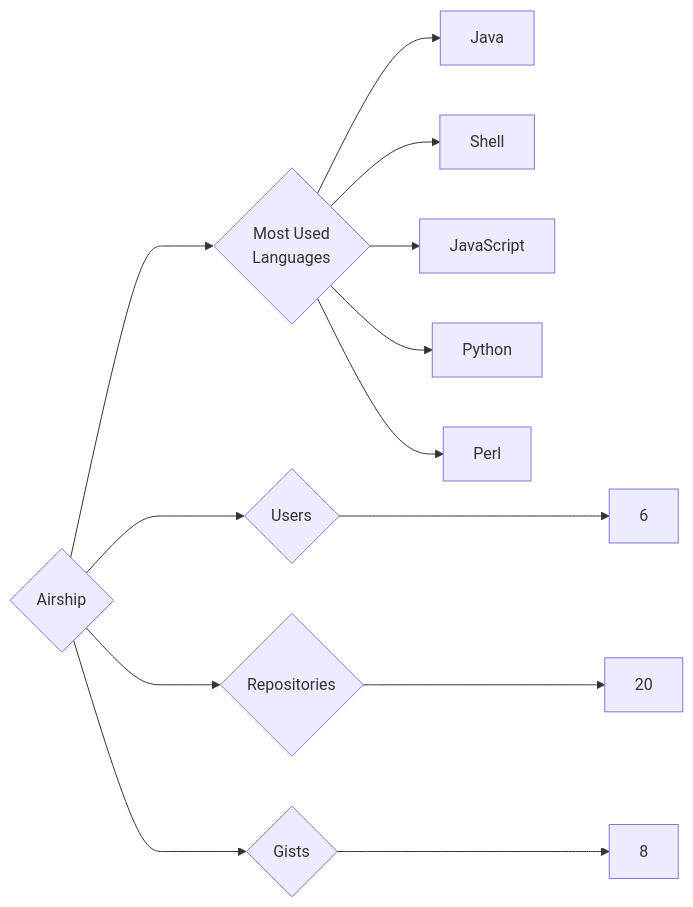
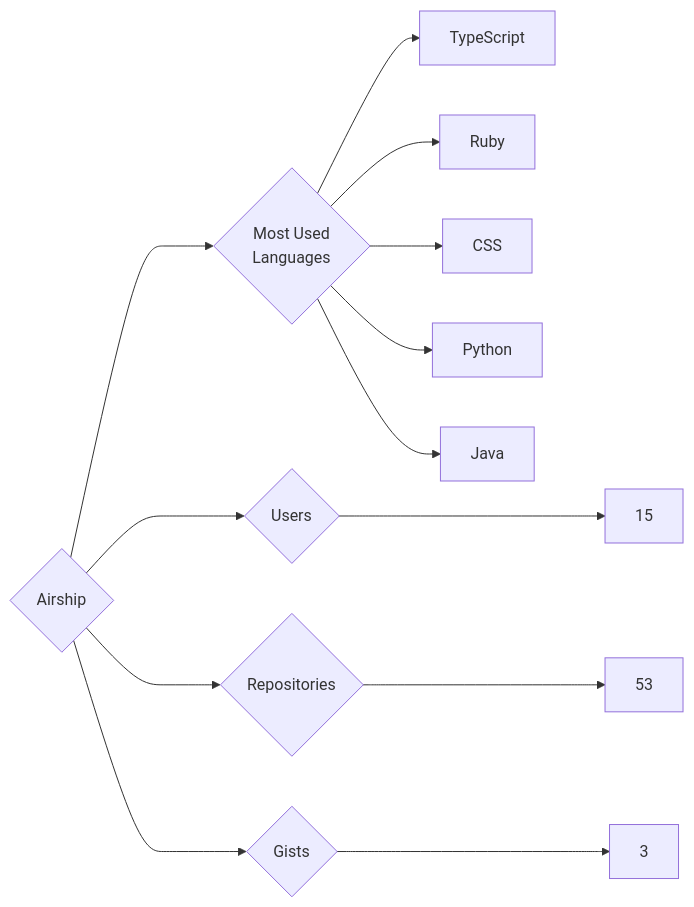
One commit to trickest/insiders changed the diagram in targets/Airship/README.md. Above: the diagram before and after it, drawn with Mermaid. The commit also changed 657 other files, not shown here.

````diff
--- a/targets/Airship/README.md
+++ b/targets/Airship/README.md
@@ -3,13 +3,13 @@
 ```mermaid
 graph LR
 COMPANY_NAME{Airship}
-COMPANY_NAME ---> U{Users} ---> UN[6]
-COMPANY_NAME ---> R{Repositories} ---> RN[20]
-COMPANY_NAME ---> G{Gists} ---> GN[8]
+COMPANY_NAME ---> U{Users} ---> UN[15]
+COMPANY_NAME ---> R{Repositories} ---> RN[53]
+COMPANY_NAME ---> G{Gists} ---> GN[3]
 COMPANY_NAME ---> ML{Most Used<br>Languages}
+ML --> TypeScript[TypeScript]
+ML --> Ruby[Ruby]
+ML --> CSS[CSS]
+ML --> Python[Python]
 ML --> Java[Java]
-ML --> Shell[Shell]
-ML --> JavaScript[JavaScript]
-ML --> Python[Python]
-ML --> Perl[Perl]
 ```
````
